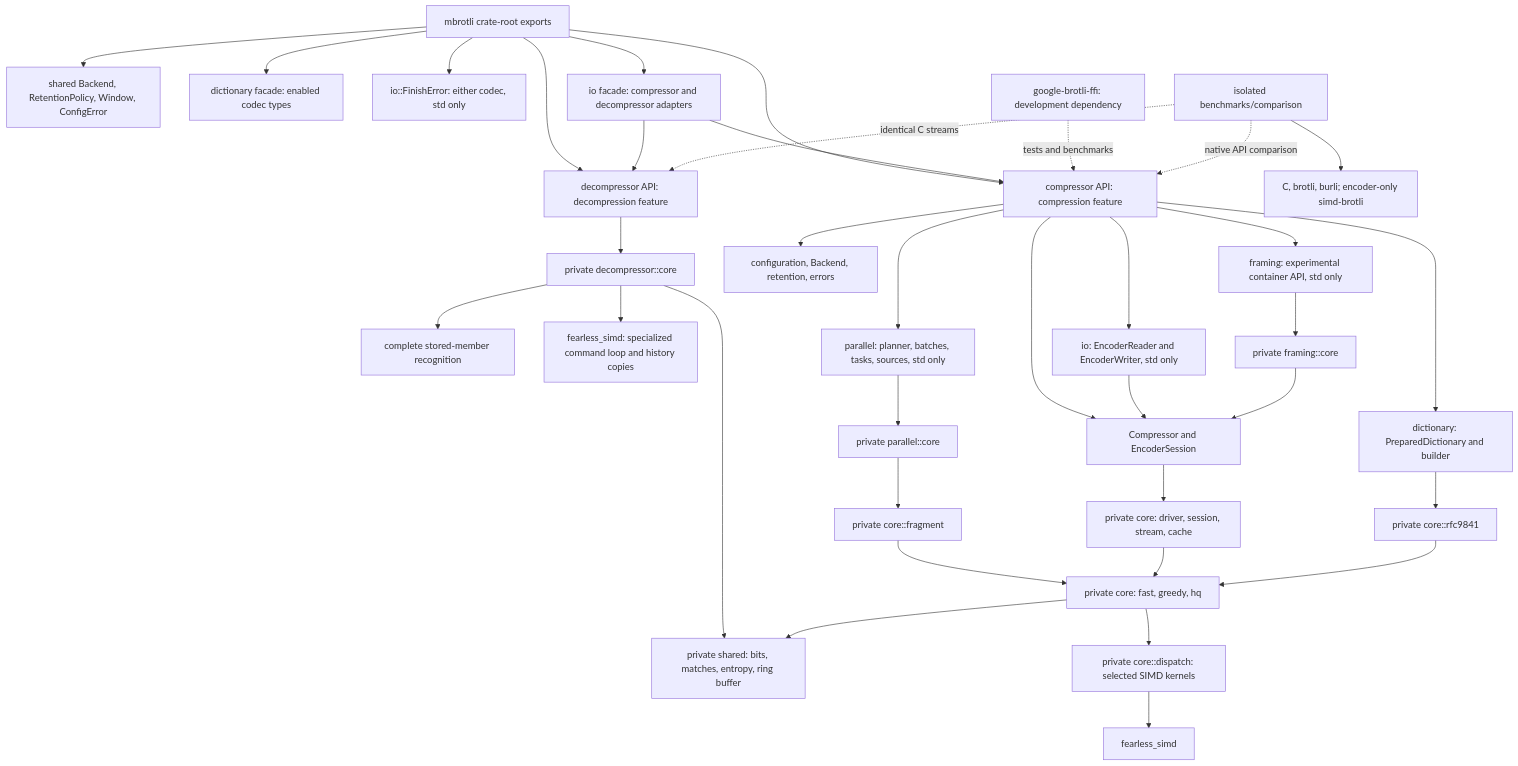
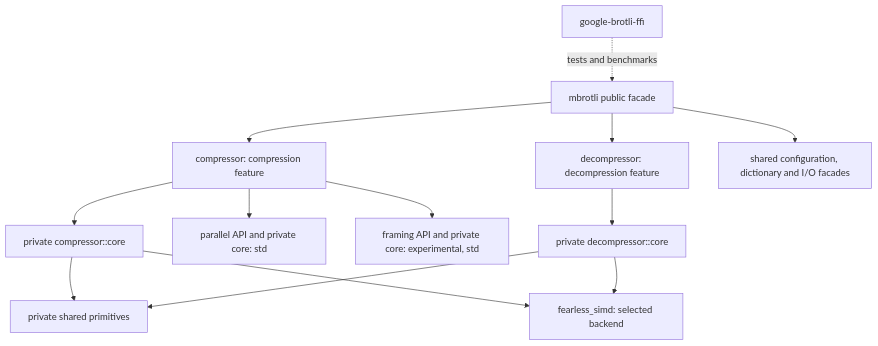
Before and after one commit to Mnwa/mbrotli: the diagram in architecture/README.md, drawn with Mermaid. The commit also changed other lines of this file and 172 other files, not shown here.

````diff
--- a/architecture/README.md
+++ b/architecture/README.md
@@ -37,38 +9,15 @@
 ```mermaid
 graph TD
-    Root[mbrotli crate-root exports] --> API[compressor API: compression feature]
-    Root --> Decode[decompressor API: decompression feature]
-    Root --> Common[shared Backend, RetentionPolicy, Window, ConfigError]
-    Root --> DictFacade[dictionary facade: enabled codec types]
-    Root --> Finish[io::FinishError: either codec, std only]
-    Decode --> DecodeCore[private decompressor::core]
-    DecodeCore --> Stored[complete stored-member recognition]
-    DecodeCore --> DecodeSIMD[fearless_simd: specialized command loop and history copies]
-    DecodeCore --> Shared
-    Root --> Facade[io facade: compressor and decompressor adapters]
-    Facade --> Decode
-    Facade --> API
-    API --> Config[configuration, Backend, retention, errors]
-    API --> Serial[Compressor and EncoderSession]
-    API --> IO[io: EncoderReader and EncoderWriter, std only]
-    API --> Dictionary[dictionary: PreparedDictionary and builder]
-    API --> Parallel[parallel: planner, batches, tasks, sources, std only]
-    API --> Framing[framing: experimental container API, std only]
-    IO --> Serial
-    Serial --> Stream[private core: driver, session, stream, cache]
-    Dictionary --> RFC[private core::rfc9841]
-    Framing --> FrameCore[private framing::core]
-    FrameCore --> Serial
-    Parallel --> ParallelCore[private parallel::core]
-    ParallelCore --> Fragment[private core::fragment]
-    Fragment --> Encoders[private core: fast, greedy, hq]
-    Stream --> Encoders
-    RFC --> Encoders
-    Encoders --> Kernels[private core::dispatch: selected SIMD kernels]
-    Encoders --> Shared[private shared: bits, matches, entropy, ring buffer]
-    Kernels --> SIMD[fearless_simd]
-    C[google-brotli-ffi: development dependency] -. tests and benchmarks .-> API
-    Comparison[isolated benchmarks/comparison] -. native API comparison .-> API
-    Comparison -. identical C streams .-> Decode
-    Comparison --> Competitors[C, brotli, burli; encoder-only simd-brotli]
+    Root[mbrotli public facade] --> Encode[compressor: compression feature]
+    Root --> Decode[decompressor: decompression feature]
+    Root --> Common[shared configuration, dictionary and I/O facades]
+    Encode --> ECore[private compressor::core]
+    Decode --> DCore[private decompressor::core]
+    Encode --> Parallel[parallel API and private core: std]
+    Encode --> Framing[framing API and private core: experimental, std]
+    ECore --> Shared[private shared primitives]
+    DCore --> Shared
+    ECore --> SIMD[fearless_simd: selected backend]
+    DCore --> SIMD
+    C[google-brotli-ffi] -. tests and benchmarks .-> Root
 ```
````
